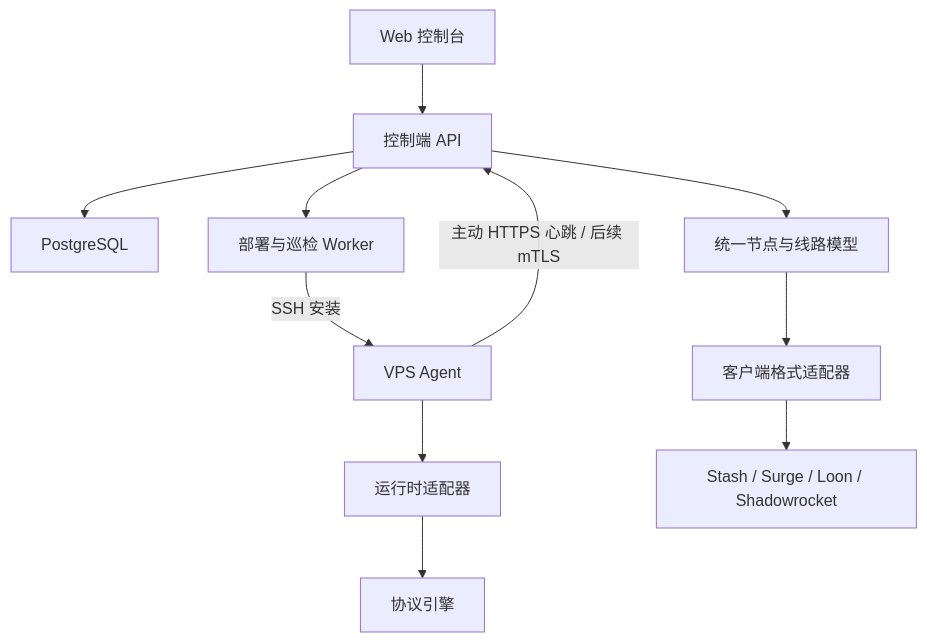
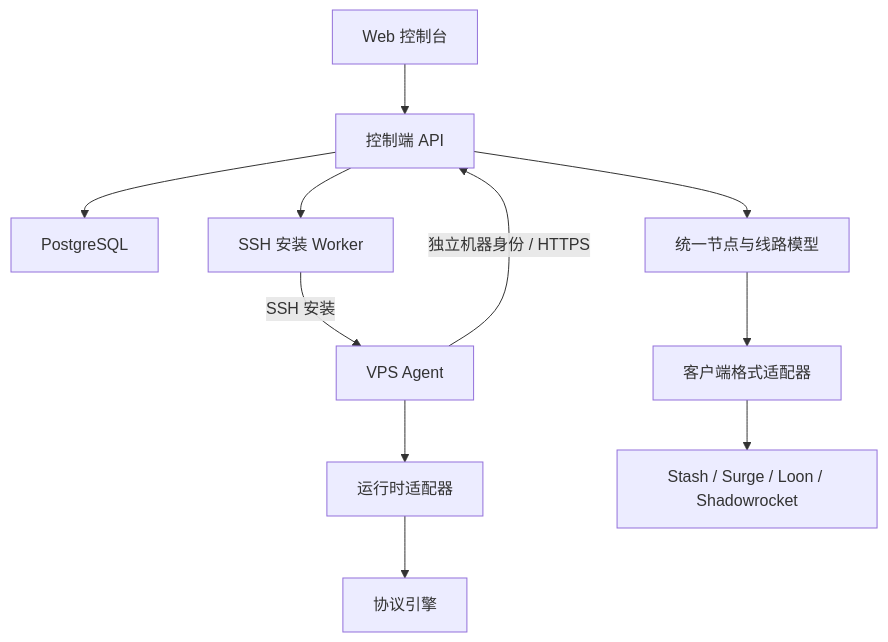
One commit to Xingdu-App/xingdu changed the diagram in docs/PLAN.md. Above: the diagram before and after it, drawn with Mermaid. The commit also changed other lines of this file and 15 other files, not shown here.

````diff
--- a/docs/PLAN.md
+++ b/docs/PLAN.md
@@ -25,13 +27,13 @@
 ```mermaid
 flowchart TB
     Web[Web 控制台] --> API[控制端 API]
     API --> DB[PostgreSQL]
-    API --> Worker[部署与巡检 Worker]
-    Agent[VPS Agent] -->|主动 HTTPS 心跳 / 后续 mTLS| API
+    API --> Worker[SSH 安装 Worker]
+    Agent[VPS Agent] -->|独立机器身份 / HTTPS| API
     Worker -->|SSH 安装| Agent
     Agent --> Adapter[运行时适配器]
     Adapter --> Engine[协议引擎]
     API --> Model[统一节点与线路模型]
     Model --> Export[客户端格式适配器]
     Export --> Clients[Stash / Surge / Loon / Shadowrocket]
 ```
````
